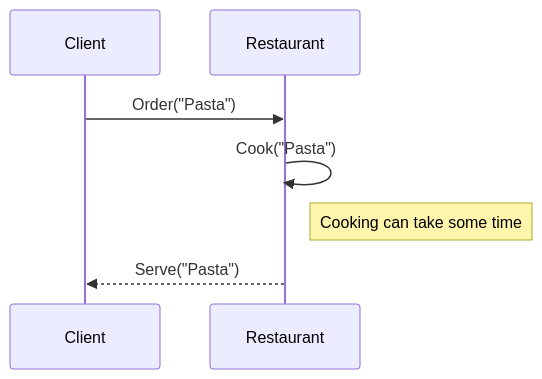
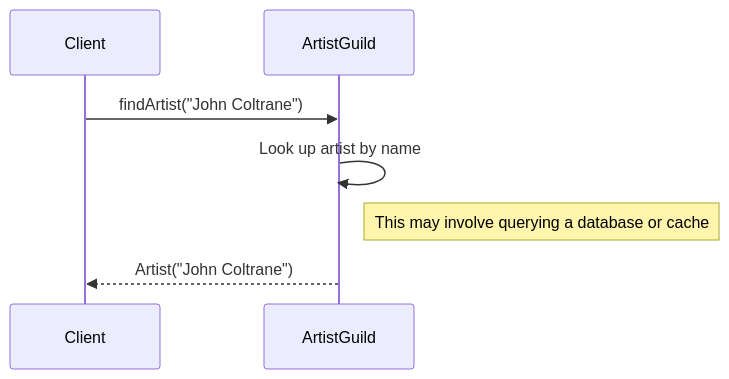
One commit to polyvariant/flavors-of-scala changed the first of 4 diagrams in slides/concurrency.md. Above: the diagram before and after it, drawn with Mermaid. The commit also changed other lines of this file and 3 other files, not shown here.

````diff
--- a/slides/concurrency.md
+++ b/slides/concurrency.md
@@ -166,12 +167,12 @@
 ```mermaid
 
 sequenceDiagram
     participant Client as Client
-    participant Restaurant as Restaurant
+    participant ArtistGuild as ArtistGuild
 
-    Client->>Restaurant: Order("Pasta")
-    Restaurant->>Restaurant: Cook("Pasta")
-    Note right of Restaurant: Cooking can take some time
-    Restaurant-->>Client: Serve("Pasta")
+    Client->>ArtistGuild: findArtist("John Coltrane")
+    ArtistGuild->>ArtistGuild: Look up artist by name
+    Note right of ArtistGuild: This may involve querying a database or cache
+    ArtistGuild-->>Client: Artist("John Coltrane")
 
 ```
````
